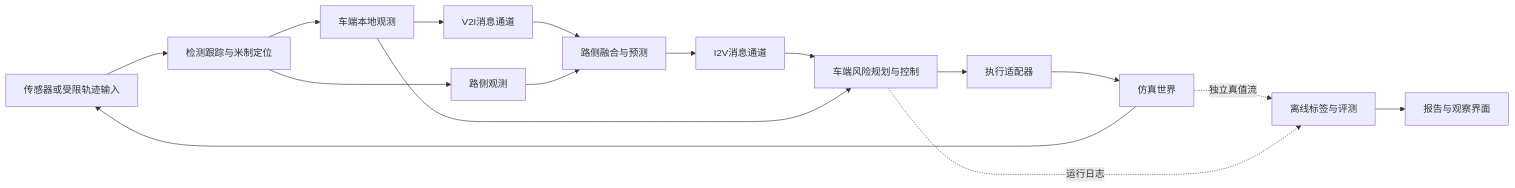
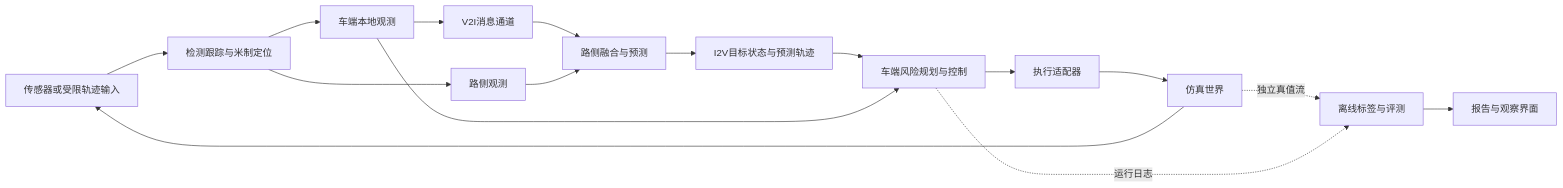
The diagram in docs/工程架构与文件结构设计.md (AaaBinfinity/OccluActiSafe), drawn with Mermaid before and after one commit. The commit also changed other lines of this file and 2 other files, not shown here.

````diff
--- a/docs/工程架构与文件结构设计.md
+++ b/docs/工程架构与文件结构设计.md
@@ -22,18 +22,18 @@
 ```mermaid
 flowchart LR
     S[传感器或受限轨迹输入] --> P[检测跟踪与米制定位]
     P --> V[车端本地观测]
     P --> R[路侧观测]
     V --> U[V2I消息通道]
     U --> E[路侧融合与预测]
     R --> E
-    E --> D[I2V消息通道]
+    E --> D[I2V目标状态与预测轨迹]
     D --> C[车端风险规划与控制]
     V --> C
     C --> A[执行适配器]
     A --> W[仿真世界]
     W --> S
     W -.独立真值流.-> T[离线标签与评测]
     C -.运行日志.-> T
     T --> UI[报告与观察界面]
 ```
````
